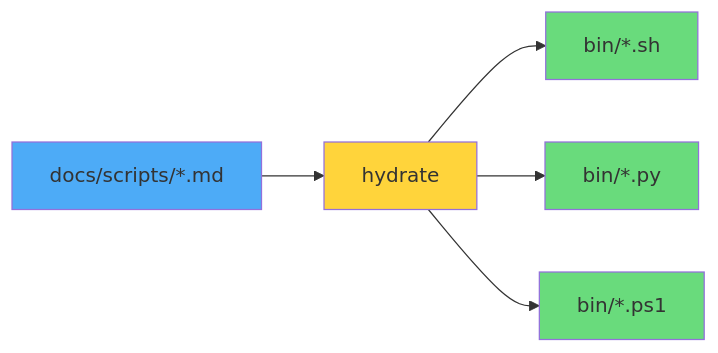
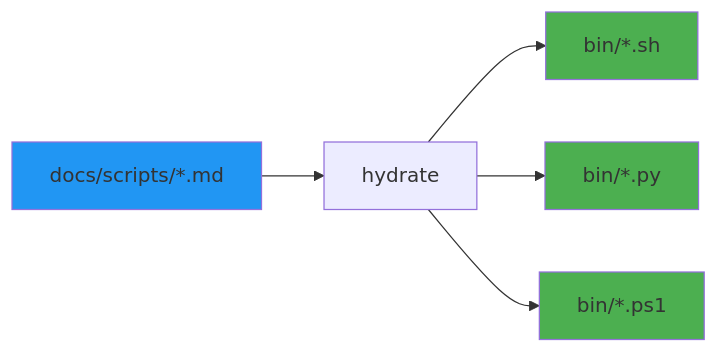
The diagram in docs/cli/index.md (VBlackJack/ShellBook), drawn with Mermaid before and after one commit. The commit also changed other lines of this file and 337 other files, not shown here.

First line of the commit message:
refactor(docs): Standardize code blocks and Mermaid colors

````diff
--- a/docs/cli/index.md
+++ b/docs/cli/index.md
@@ -89,13 +89,13 @@
 ```mermaid
 graph LR
     A[docs/scripts/*.md] --> B[hydrate]
     B --> C[bin/*.sh]
     B --> D[bin/*.py]
     B --> E[bin/*.ps1]
 
-    style A fill:#4dabf7
-    style B fill:#ffd43b
-    style C fill:#69db7c
-    style D fill:#69db7c
-    style E fill:#69db7c
+    style A fill:#2196F3
+    style B fill:#FF9800800800
+    style C fill:#4CAF50
+    style D fill:#4CAF50
+    style E fill:#4CAF50
 ```
````
